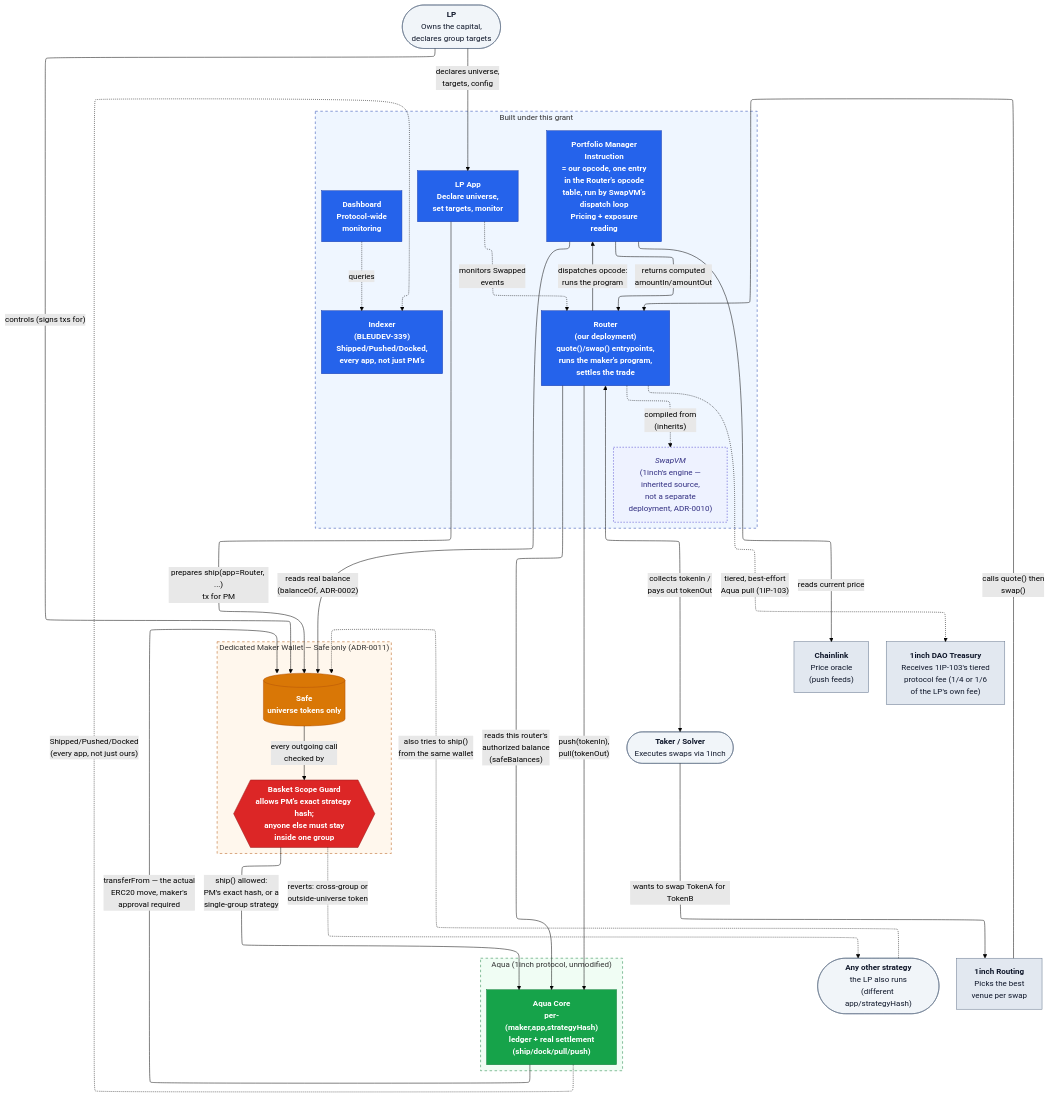
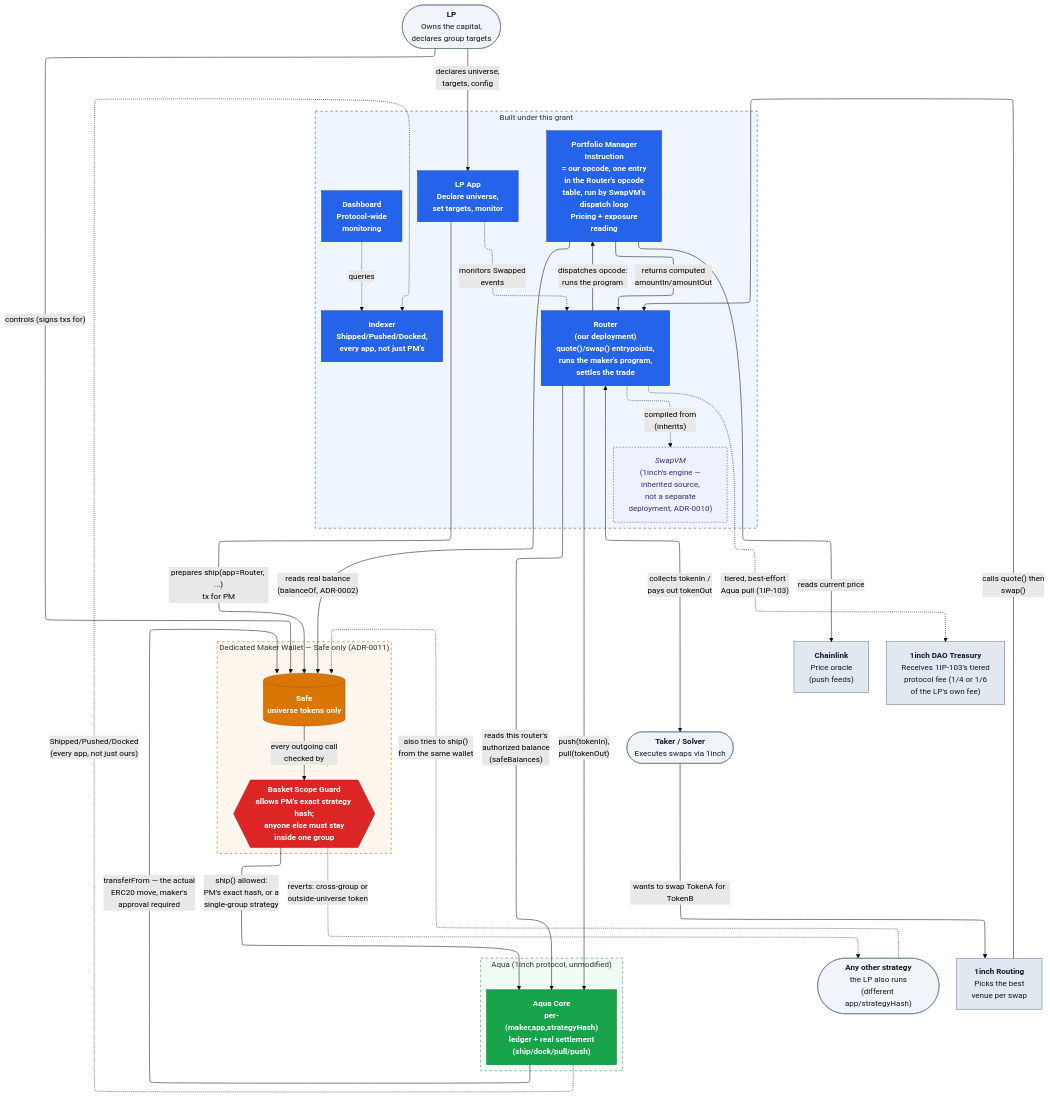
The first of 2 diagrams in docs/ARCHITECTURE.md (bleu/aqua-portfolio-manager), drawn with Mermaid (forest theme) before and after one commit. The commit also changed other lines of this file and 6 other files, not shown here.

````diff
--- a/docs/ARCHITECTURE.md
+++ b/docs/ARCHITECTURE.md
@@ -17,78 +17,78 @@
 ```mermaid
 %%{init: {"flowchart": {"defaultRenderer": "elk"}} }%%
 flowchart TD
     LP(["<b>LP</b><br/>Owns the capital,<br/>declares group targets"])
     Taker(["<b>Taker / Solver</b><br/>Executes swaps via 1inch"])
     OtherStrategy(["<b>Any other strategy</b><br/>the LP also runs<br/>(different app/strategyHash)"])
 
     subgraph BleuScope["Built under this grant"]
         LPApp["<b>LP App</b><br/>Declare universe,<br/>set targets, monitor"]
         Dashboard["<b>Dashboard</b><br/>Protocol-wide<br/>monitoring"]
-        Indexer["<b>Indexer</b><br/>(BLEUDEV-339)<br/>Shipped/Pushed/Docked,<br/>every app, not just PM's"]
+        Indexer["<b>Indexer</b><br/>Shipped/Pushed/Docked,<br/>every app, not just PM's"]
         Router["<b>Router</b><br/>(our deployment)<br/>quote()/swap() entrypoints,<br/>runs the maker's program,<br/>settles the trade"]
         SwapVMLib["<i>SwapVM</i><br/>(1inch's engine —<br/>inherited source,<br/>not a separate<br/>deployment, ADR-0010)"]
         Strategy["<b>Portfolio Manager<br/>Instruction</b><br/>= our opcode, one entry<br/>in the Router's opcode<br/>table, run by SwapVM's<br/>dispatch loop<br/>Pricing + exposure<br/>reading"]
     end
 
     subgraph WalletScope["Dedicated Maker Wallet — Safe only (ADR-0011)"]
         Wallet[("<b>Safe</b><br/>universe tokens only")]
         Guard{{"<b>Basket Scope Guard</b><br/>allows PM's exact strategy hash;<br/>anyone else must stay<br/>inside one group"}}
     end
 
     subgraph AquaCore["Aqua (1inch protocol, unmodified)"]
         Aqua["<b>Aqua Core</b><br/>per-(maker,app,strategyHash)<br/>ledger + real settlement<br/>(ship/dock/pull/push)"]
     end
 
     Chainlink["<b>Chainlink</b><br/>Price oracle<br/>(push feeds)"]
     Routing["<b>1inch Routing</b><br/>Picks the best<br/>venue per swap"]
     DAO["<b>1inch DAO Treasury</b><br/>Receives 1IP-103's tiered<br/>protocol fee (1/4 or 1/6<br/>of the LP's own fee)"]
 
     LP -->|"declares universe,<br/>targets, config"| LPApp
     LPApp -.->|"monitors Swapped<br/>events"| Router
     LP -->|"controls (signs txs for)"| Wallet
 
     LPApp -->|"prepares ship(app=Router, ...)<br/>tx for PM"| Wallet
     OtherStrategy -.->|"also tries to ship()<br/>from the same wallet"| Wallet
     Wallet -->|"every outgoing call<br/>checked by"| Guard
     Guard -->|"ship() allowed:<br/>PM's exact hash, or a<br/>single-group strategy"| Aqua
     Guard -.->|"reverts: cross-group or<br/>outside-universe token"| OtherStrategy
 
     Taker -->|"wants to swap TokenA for TokenB"| Routing
     Routing -->|"calls quote() then<br/>swap()"| Router
 
     Router -.->|"compiled from<br/>(inherits)"| SwapVMLib
     Router -->|"reads this router's<br/>authorized balance<br/>(safeBalances)"| Aqua
     Router -->|"dispatches opcode:<br/>runs the program"| Strategy
     Strategy -->|"reads real balance<br/>(balanceOf, ADR-0002)"| Wallet
     Strategy -->|"reads current price"| Chainlink
     Strategy -->|"returns computed<br/>amountIn/amountOut"| Router
 
     Router <-->|"collects tokenIn /<br/>pays out tokenOut"| Taker
     Router -->|"push(tokenIn),<br/>pull(tokenOut)"| Aqua
     Aqua -->|"transferFrom — the actual<br/>ERC20 move, maker's<br/>approval required"| Wallet
 
     Router -.->|"tiered, best-effort<br/>Aqua pull (1IP-103)"| DAO
 
     Aqua -.->|"Shipped/Pushed/Docked<br/>(every app, not just ours)"| Indexer
     Dashboard -.->|"queries"| Indexer
 
     classDef actor fill:#f1f5f9,stroke:#64748b,color:#0f172a
     classDef bleu fill:#2563eb,stroke:#1e40af,color:#ffffff,font-weight:bold
     classDef wallet fill:#d97706,stroke:#b45309,color:#ffffff,font-weight:bold
     classDef guard fill:#dc2626,stroke:#991b1b,color:#ffffff,font-weight:bold
     classDef aqua fill:#16a34a,stroke:#15803d,color:#ffffff,font-weight:bold
     classDef external fill:#e2e8f0,stroke:#64748b,color:#0f172a
     classDef vendored fill:#eef2ff,stroke:#4338ca,color:#312e81,stroke-dasharray: 3 3
 
     class LP,Taker,OtherStrategy actor
     class LPApp,Dashboard,Indexer,Router,Strategy bleu
     class SwapVMLib vendored
     class Wallet wallet
     class Guard guard
     class Aqua aqua
     class Chainlink,Routing,DAO external
 
     style BleuScope fill:#eff6ff,stroke:#1e40af,stroke-dasharray: 5 5
     style AquaCore fill:#f0fdf4,stroke:#15803d,stroke-dasharray: 5 5
     style WalletScope fill:#fff7ed,stroke:#b45309,stroke-dasharray: 5 5
 ```
````
